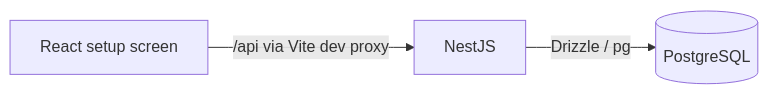
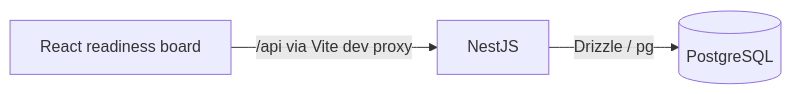
One commit to AugustoAleGon/creme-ai changed the diagram in docs/architecture.md. Above: the diagram before and after it, drawn with Mermaid. The commit also changed other lines of this file and 13 other files, not shown here.

````diff
--- a/docs/architecture.md
+++ b/docs/architecture.md
@@ -29,5 +29,5 @@
 ```mermaid
 flowchart LR
-  Browser[React setup screen] -->|/api via Vite dev proxy| API[NestJS]
+  Browser[React readiness board] -->|/api via Vite dev proxy| API[NestJS]
   API -->|Drizzle / pg| DB[(PostgreSQL)]
 ```
````
